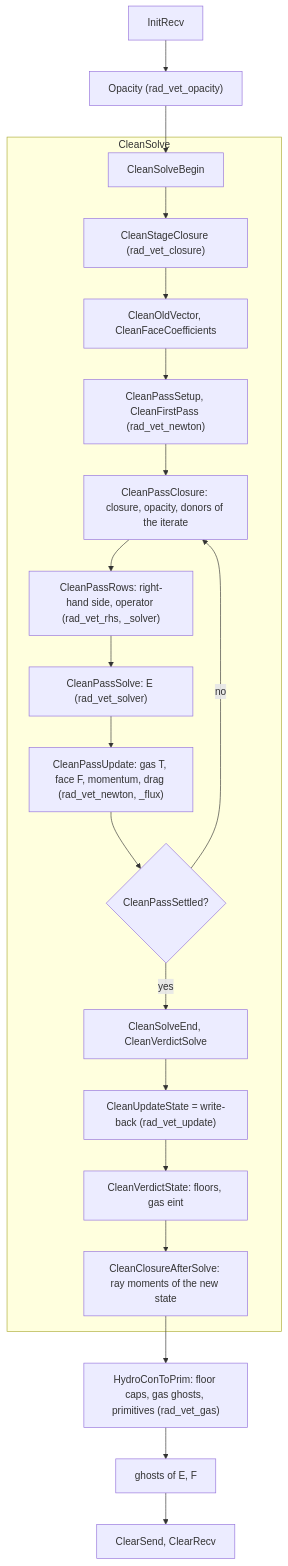
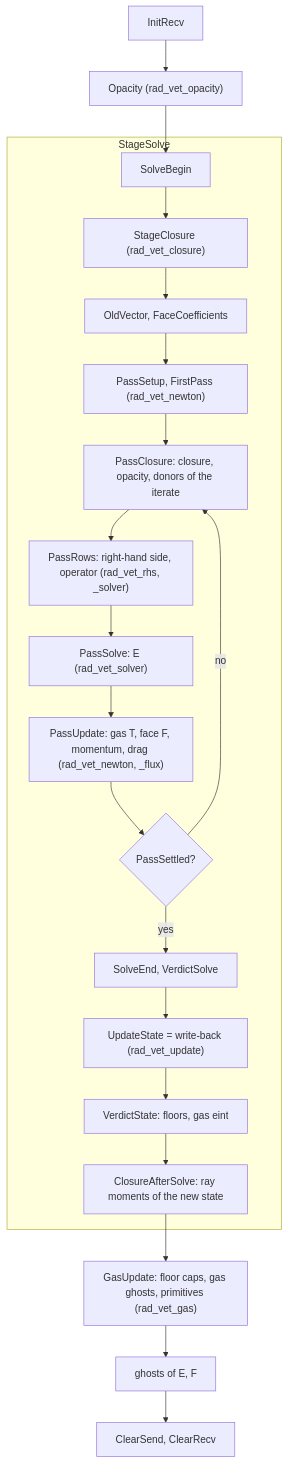
The second of 4 diagrams in docs/vet_clean/WORKFLOW.md (jing-ze-ma/athenak), drawn with Mermaid before and after one commit. The commit also changed other lines of this file and 85 other files, not shown here.

First line of the commit message:
rad_vet: function and type names without clean, gd, col (names only)

````diff
--- a/docs/vet_clean/WORKFLOW.md
+++ b/docs/vet_clean/WORKFLOW.md
@@ -28,15 +28,15 @@
 ```mermaid
 flowchart TD
   T0[InitRecv] --> T2["Opacity (rad_vet_opacity)"] --> S0
-  subgraph S["CleanSolve"]
-    S0[CleanSolveBegin] --> S1["CleanStageClosure (rad_vet_closure)"] --> S2["CleanOldVector, CleanFaceCoefficients"]
-    S2 --> S3["CleanPassSetup, CleanFirstPass (rad_vet_newton)"] --> P1
-    P1["CleanPassClosure: closure, opacity, donors of the iterate"] --> P2["CleanPassRows: right-hand side, operator (rad_vet_rhs, _solver)"]
-    P2 --> P3["CleanPassSolve: E (rad_vet_solver)"] --> P4["CleanPassUpdate: gas T, face F, momentum, drag (rad_vet_newton, _flux)"]
-    P4 --> P5{CleanPassSettled?}
+  subgraph S["StageSolve"]
+    S0[SolveBegin] --> S1["StageClosure (rad_vet_closure)"] --> S2["OldVector, FaceCoefficients"]
+    S2 --> S3["PassSetup, FirstPass (rad_vet_newton)"] --> P1
+    P1["PassClosure: closure, opacity, donors of the iterate"] --> P2["PassRows: right-hand side, operator (rad_vet_rhs, _solver)"]
+    P2 --> P3["PassSolve: E (rad_vet_solver)"] --> P4["PassUpdate: gas T, face F, momentum, drag (rad_vet_newton, _flux)"]
+    P4 --> P5{PassSettled?}
     P5 -- no --> P1
-    P5 -- yes --> V1["CleanSolveEnd, CleanVerdictSolve"] --> W["CleanUpdateState = write-back (rad_vet_update)"]
-    W --> V2[CleanVerdictState: floors, gas eint] --> C2["CleanClosureAfterSolve: ray moments of the new state"]
+    P5 -- yes --> V1["SolveEnd, VerdictSolve"] --> W["UpdateState = write-back (rad_vet_update)"]
+    W --> V2[VerdictState: floors, gas eint] --> C2["ClosureAfterSolve: ray moments of the new state"]
   end
-  C2 --> T3["HydroConToPrim: floor caps, gas ghosts, primitives (rad_vet_gas)"] --> T4[ghosts of E, F] --> T5[ClearSend, ClearRecv]
+  C2 --> T3["GasUpdate: floor caps, gas ghosts, primitives (rad_vet_gas)"] --> T4[ghosts of E, F] --> T5[ClearSend, ClearRecv]
 ```
````
